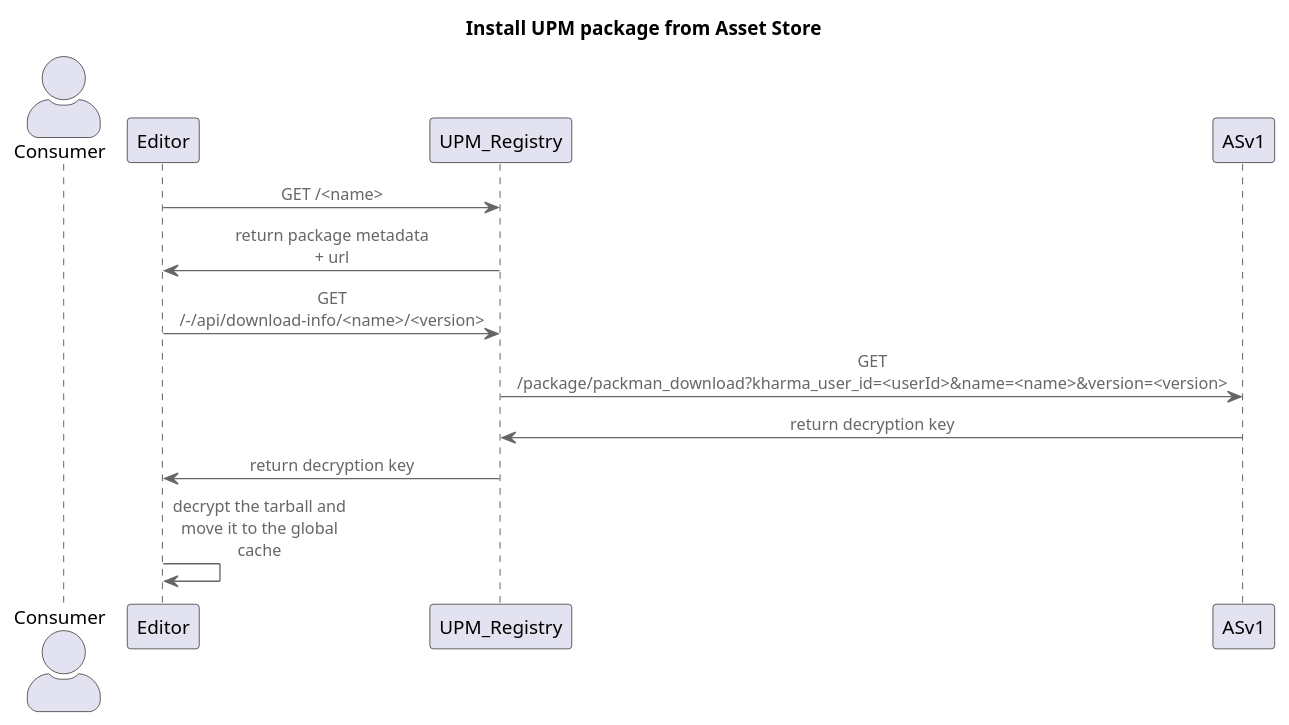
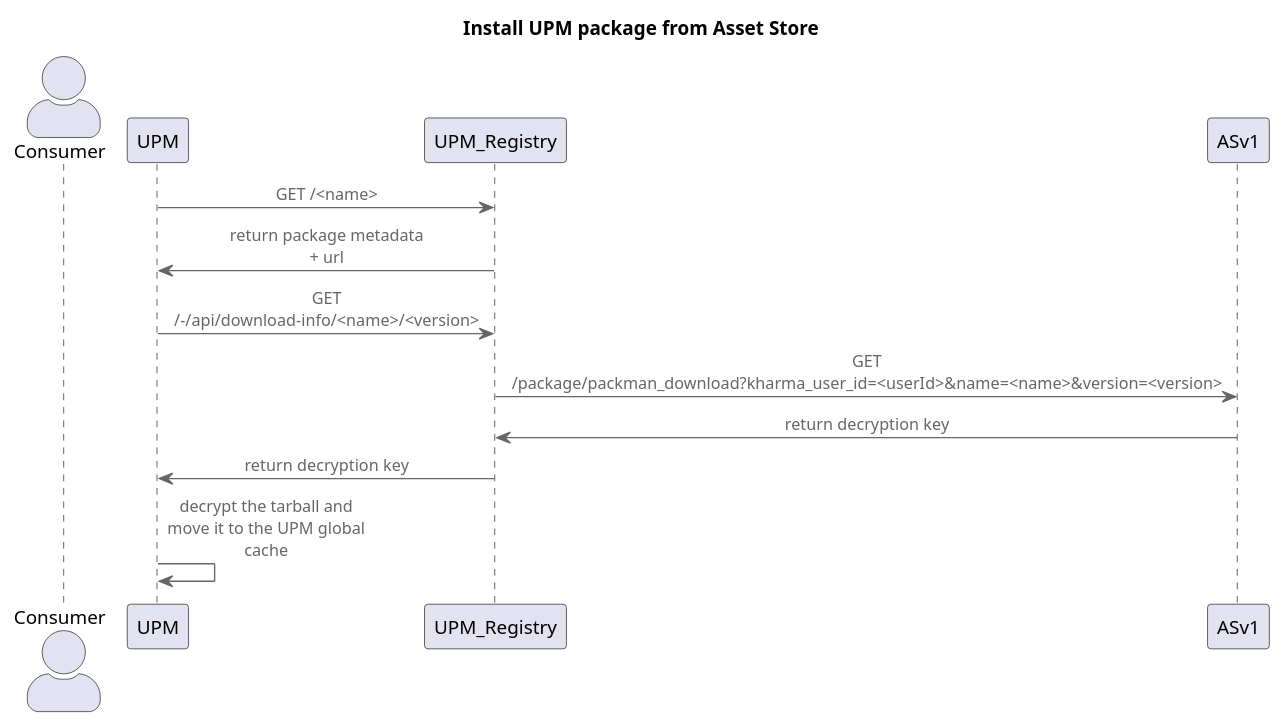
One commit to etherElric/upm-assetstore-offsite-docs changed the diagram in install_upm_asset_store.puml. Above: the diagram before and after it, drawn with PlantUML. The commit also changed 2 other files, not shown here.

Commit message:
diving on the install flows

```diff
--- a/install_upm_asset_store.puml
+++ b/install_upm_asset_store.puml
@@ -1,16 +1,16 @@
 @startuml "refund-requests-api-flow"
 !include https://raw.githubusercontent.com/plantuml-stdlib/C4-PlantUML/master/C4_Component.puml
 
 title Install UPM package from Asset Store
 actor Consumer as Consumer
 
-Editor -> UPM_Registry : GET /<name>
-UPM_Registry -> Editor : return package metadata + url
+UPM -> UPM_Registry : GET /<name>
+UPM_Registry -> UPM : return package metadata + url
 
-Editor -> UPM_Registry : GET /-/api/download-info/<name>/<version>
+UPM -> UPM_Registry : GET /-/api/download-info/<name>/<version>
 UPM_Registry -> ASv1 : GET /package/packman_download?kharma_user_id=<userId>&name=<name>&version=<version>
 ASv1 -> UPM_Registry : return decryption key
-UPM_Registry -> Editor: return decryption key
-Editor -> Editor : decrypt the tarball and move it to the global cache
+UPM_Registry -> UPM: return decryption key
+UPM -> UPM : decrypt the tarball and move it to the UPM global cache
 
 @enduml
```
